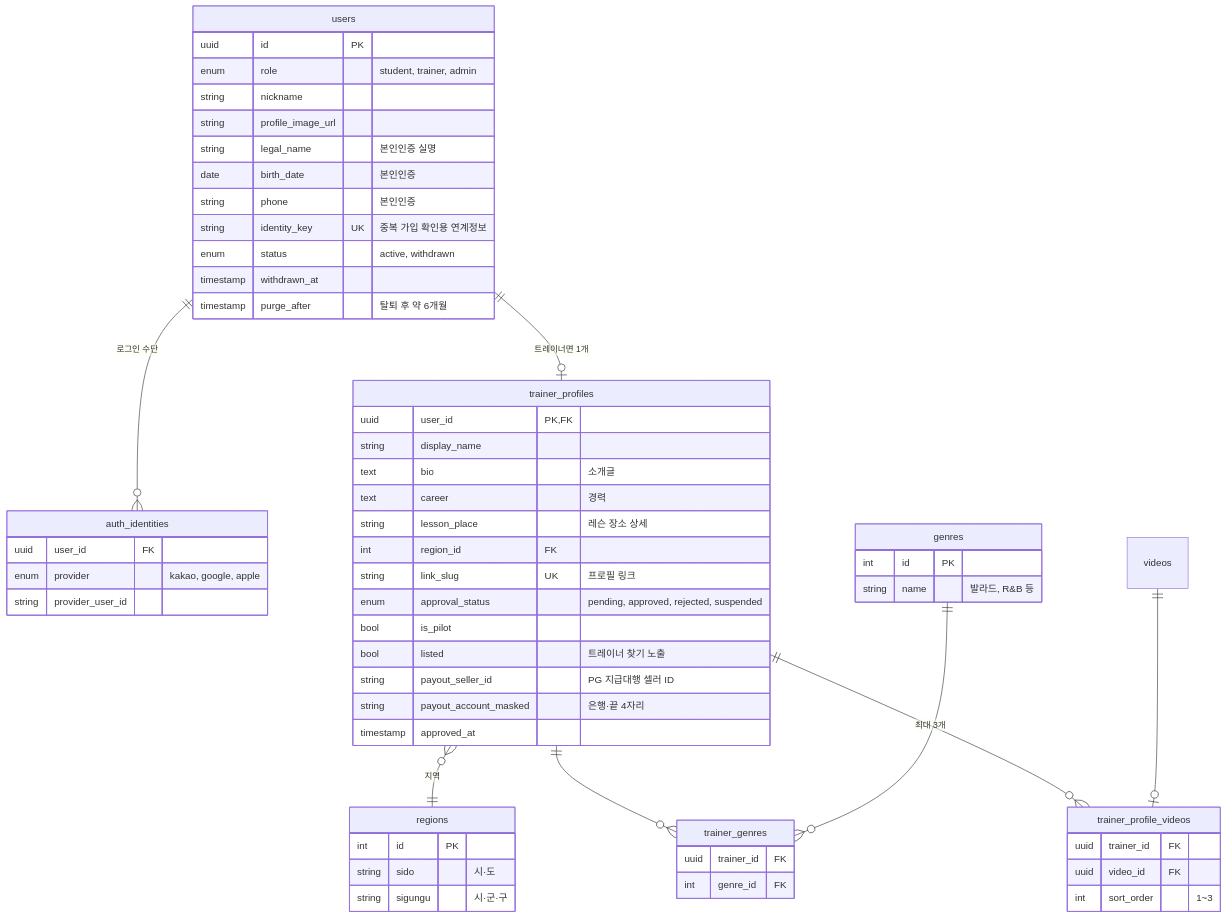
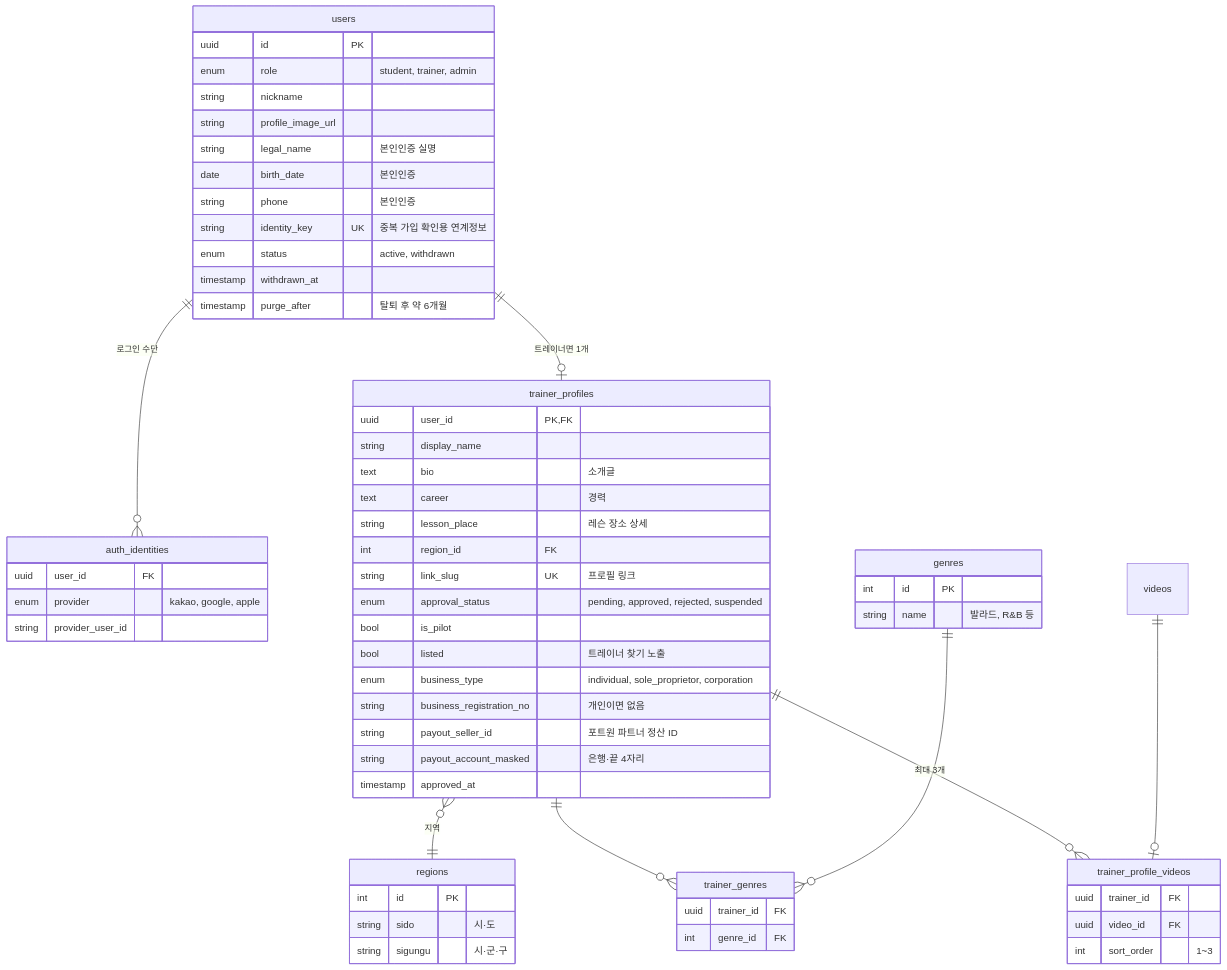
One commit to Yun-Jehyeok/vocals changed the first of 7 diagrams in docs/erd.md. Above: the diagram before and after it, drawn with Mermaid. The commit also changed other lines of this file, not shown here.

````diff
--- a/docs/erd.md
+++ b/docs/erd.md
@@ -38,62 +38,64 @@
 ```mermaid
 erDiagram
     users ||--o{ auth_identities : "로그인 수단"
     users ||--o| trainer_profiles : "트레이너면 1개"
     trainer_profiles }o--|| regions : "지역"
     trainer_profiles ||--o{ trainer_genres : ""
     genres ||--o{ trainer_genres : ""
     trainer_profiles ||--o{ trainer_profile_videos : "최대 3개"
     videos ||--o| trainer_profile_videos : ""
 
     users {
         uuid id PK
         enum role "student, trainer, admin"
         string nickname
         string profile_image_url
         string legal_name "본인인증 실명"
         date birth_date "본인인증"
         string phone "본인인증"
         string identity_key UK "중복 가입 확인용 연계정보"
         enum status "active, withdrawn"
         timestamp withdrawn_at
         timestamp purge_after "탈퇴 후 약 6개월"
     }
     auth_identities {
         uuid user_id FK
         enum provider "kakao, google, apple"
         string provider_user_id
     }
     trainer_profiles {
         uuid user_id PK, FK
         string display_name
         text bio "소개글"
         text career "경력"
         string lesson_place "레슨 장소 상세"
         int region_id FK
         string link_slug UK "프로필 링크"
         enum approval_status "pending, approved, rejected, suspended"
         bool is_pilot
         bool listed "트레이너 찾기 노출"
-        string payout_seller_id "PG 지급대행 셀러 ID"
+        enum business_type "individual, sole_proprietor, corporation"
+        string business_registration_no "개인이면 없음"
+        string payout_seller_id "포트원 파트너 정산 ID"
         string payout_account_masked "은행·끝 4자리"
         timestamp approved_at
     }
     regions {
         int id PK
         string sido "시·도"
         string sigungu "시·군·구"
     }
     genres {
         int id PK
         string name "발라드, R&B 등"
     }
     trainer_genres {
         uuid trainer_id FK
         int genre_id FK
     }
     trainer_profile_videos {
         uuid trainer_id FK
         uuid video_id FK
         int sort_order "1~3"
     }
 ```
````
